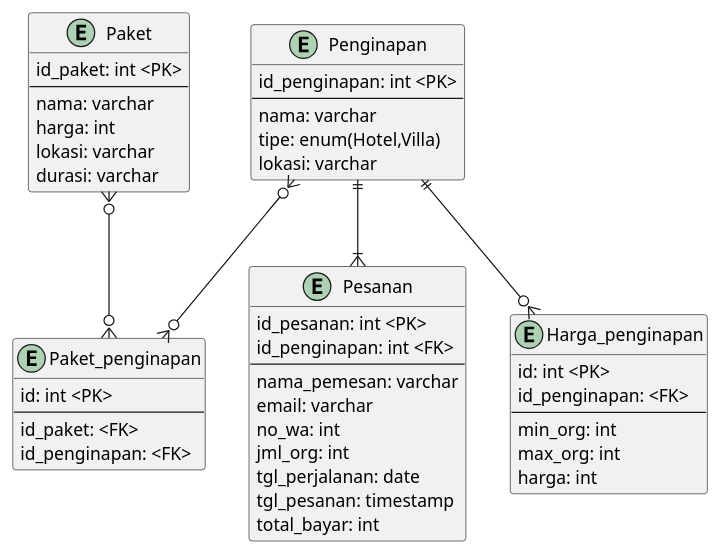
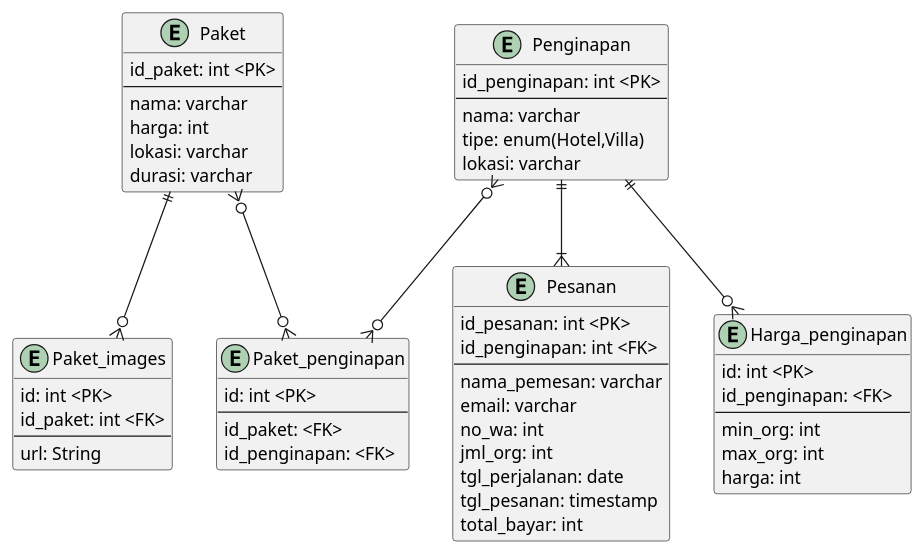
The diagram in backend/database_design.puml (AndiArrang/web-pariwisata), drawn with PlantUML before and after one commit. The commit also changed 3 other files, not shown here.

Commit message:
membuat tabel dan model paket images

```diff
--- a/backend/database_design.puml
+++ b/backend/database_design.puml
@@ -2,58 +2,65 @@
 @startuml wisata
 
 ' 1. Harga paket per org tergantung dari jml org dan penginapan yang dipilih 
 ' 2. 
 
 entity Paket {
     id_paket: int <PK>
     --
     nama: varchar
     harga: int
     lokasi: varchar
     durasi: varchar
 }
 
+entity Paket_images {
+    id: int <PK>
+    id_paket: int <FK>
+    --
+    url: String
+}
 entity Pesanan {
     id_pesanan: int <PK>
     id_penginapan: int <FK>
     --
     nama_pemesan: varchar
     email: varchar
     no_wa: int
     jml_org: int
     tgl_perjalanan: date
     tgl_pesanan: timestamp
     total_bayar: int
 }
 
 entity Penginapan {
     id_penginapan: int <PK>
     --
     nama: varchar
     tipe: enum(Hotel,Villa)
     lokasi: varchar   
 }
 
 entity Harga_penginapan {
     id: int <PK>
     id_penginapan: <FK>
     --
     min_org: int
     max_org: int
     harga: int
 }
 
 entity Paket_penginapan {
     id: int <PK>
     --
     id_paket: <FK>
     id_penginapan: <FK>
 }
 
 
 Paket }o--o{ Paket_penginapan 
 Penginapan }o--o{ Paket_penginapan 
 Penginapan ||--o{ Harga_penginapan
 Penginapan ||--|{ Pesanan
+Paket ||--o{ Paket_images
 
 @enduml
```
